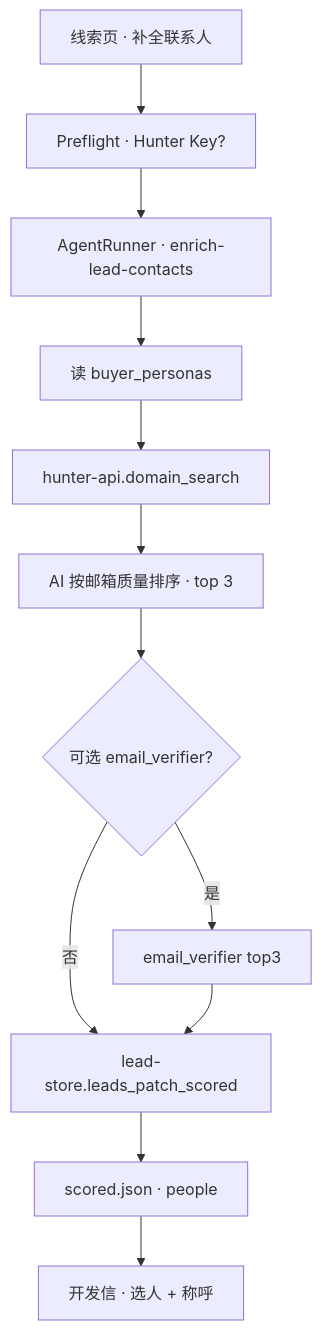
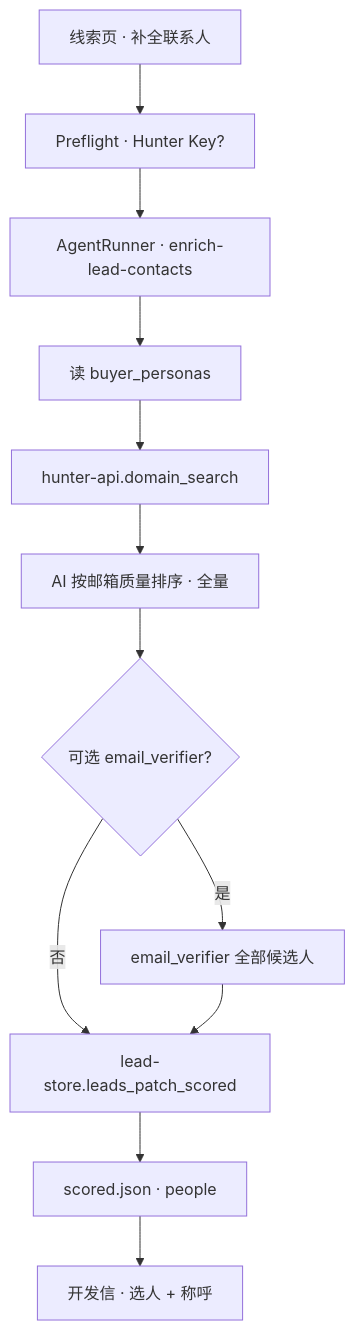
One commit to Pedro-MAFS/ftcs changed the second of 3 diagrams in docs/20-需求-联系人Enrichment.md. Above: the diagram before and after it, drawn with Mermaid. The commit also changed other lines of this file and 36 other files, not shown here.

````diff
--- a/docs/20-需求-联系人Enrichment.md
+++ b/docs/20-需求-联系人Enrichment.md
@@ -93,14 +93,14 @@
 ```mermaid
 flowchart TB
   UI[线索页 · 补全联系人] --> PF[Preflight · Hunter Key?]
   PF --> AR[AgentRunner · enrich-lead-contacts]
   AR --> P[读 buyer_personas]
   P --> DS[hunter-api.domain_search]
-  DS --> R[AI 按邮箱质量排序 · top 3]
+  DS --> R[AI 按邮箱质量排序 · 全量]
   R --> V{可选 email_verifier?}
-  V -->|是| V1[email_verifier top3]
+  V -->|是| V1[email_verifier 全部候选人]
   V -->|否| LS
   V1 --> LS[lead-store.leads_patch_scored]
   LS --> SC[scored.json · people]
   SC --> ED[开发信 · 选人 + 称呼]
 ```
````
